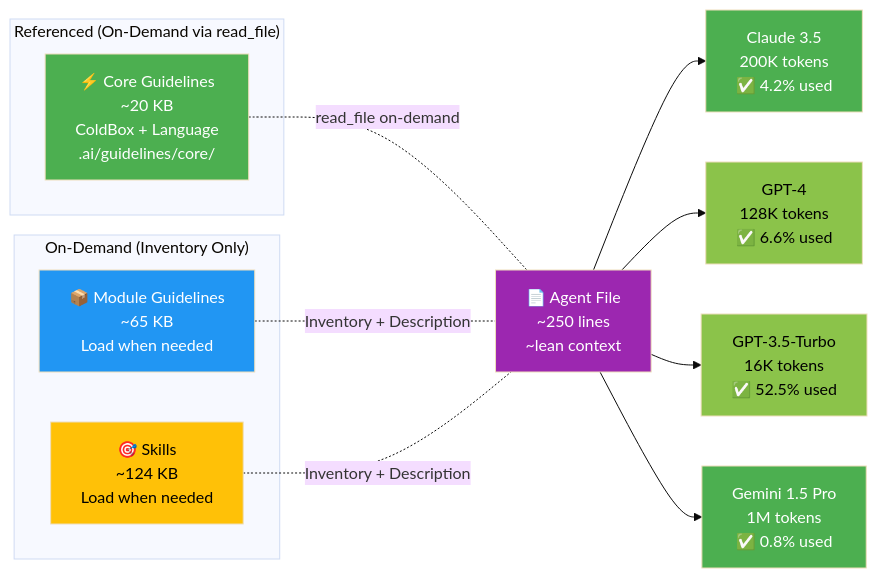
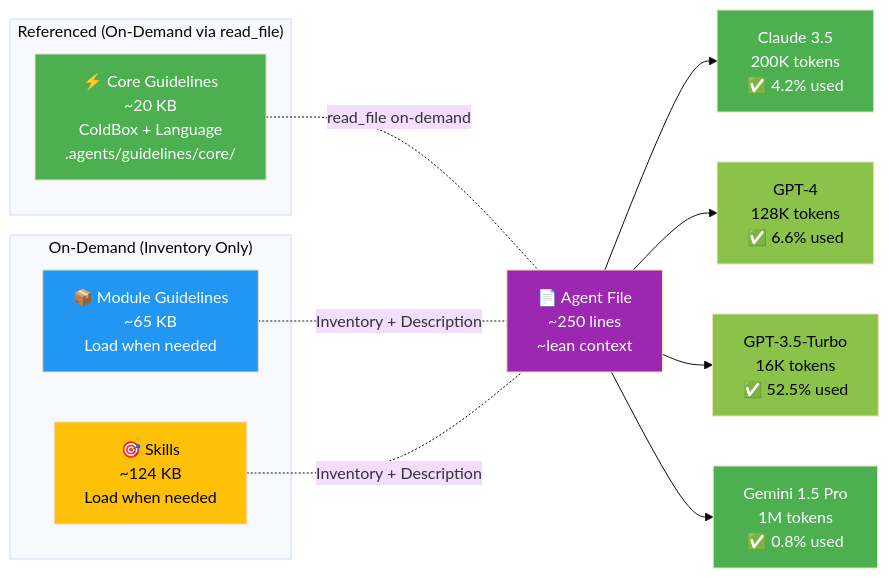
The fifth of 8 diagrams in AI_INTEGRATION.md (ColdBox/coldbox-cli), drawn with Mermaid (base theme) before and after one commit. The commit also changed other lines of this file and 15 other files, not shown here.

````diff
--- a/AI_INTEGRATION.md
+++ b/AI_INTEGRATION.md
@@ -333,31 +333,31 @@
 ```mermaid
 flowchart LR
     subgraph "Referenced (On-Demand via read_file)"
-        Core["⚡ Core Guidelines<br/>~20 KB<br/>ColdBox + Language<br/>.ai/guidelines/core/"]
+        Core["⚡ Core Guidelines<br/>~20 KB<br/>ColdBox + Language<br/>.agents/guidelines/core/"]
     end
 
     subgraph "On-Demand (Inventory Only)"
         ModuleG["📦 Module Guidelines<br/>~65 KB<br/>Load when needed"]
         Skills["🎯 Skills<br/>~124 KB<br/>Load when needed"]
     end
 
     AgentFile["📄 Agent File<br/>~250 lines<br/>~lean context"]
 
     Core -.-|"read_file on-demand"| AgentFile
     ModuleG -.-|"Inventory + Description"| AgentFile
     Skills -.-|"Inventory + Description"| AgentFile
 
     AgentFile --> Claude["Claude 3.5<br/>200K tokens<br/>✅ 4.2% used"]
     AgentFile --> GPT4["GPT-4<br/>128K tokens<br/>✅ 6.6% used"]
     AgentFile --> GPT35["GPT-3.5-Turbo<br/>16K tokens<br/>✅ 52.5% used"]
     AgentFile --> Gemini["Gemini 1.5 Pro<br/>1M tokens<br/>✅ 0.8% used"]
 
     style Core fill:#4caf50,color:#fff
     style ModuleG fill:#2196f3,color:#fff
     style Skills fill:#ffc107,color:#000
     style AgentFile fill:#9c27b0,color:#fff
     style Claude fill:#4caf50,color:#fff
     style GPT4 fill:#8bc34a,color:#000
     style GPT35 fill:#8bc34a,color:#000
     style Gemini fill:#4caf50,color:#fff
 ```
````
